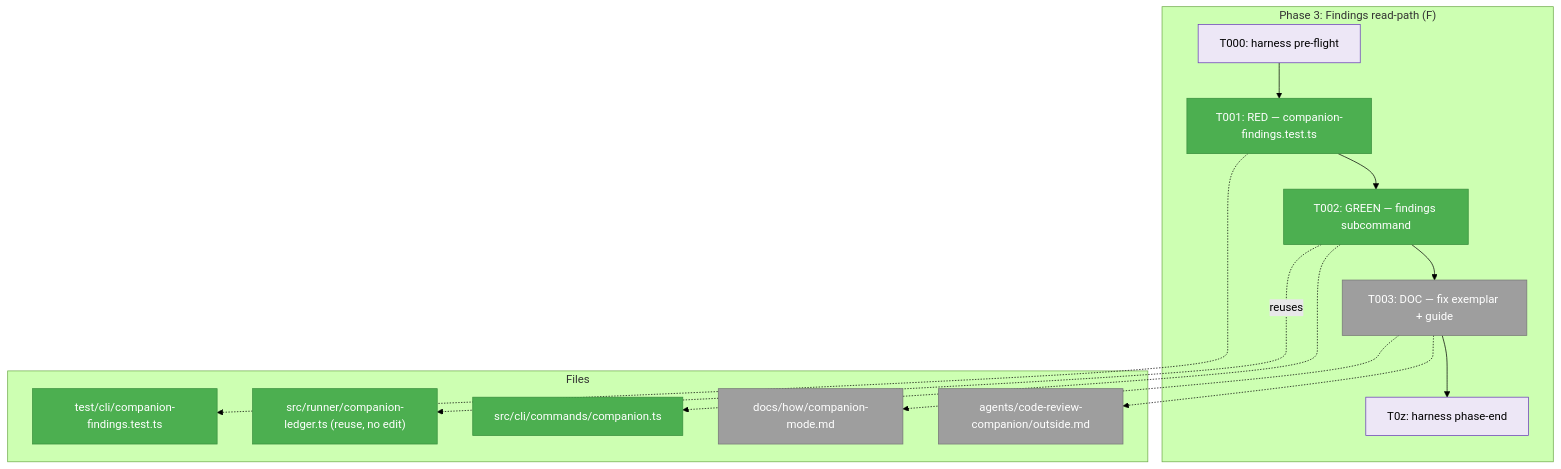
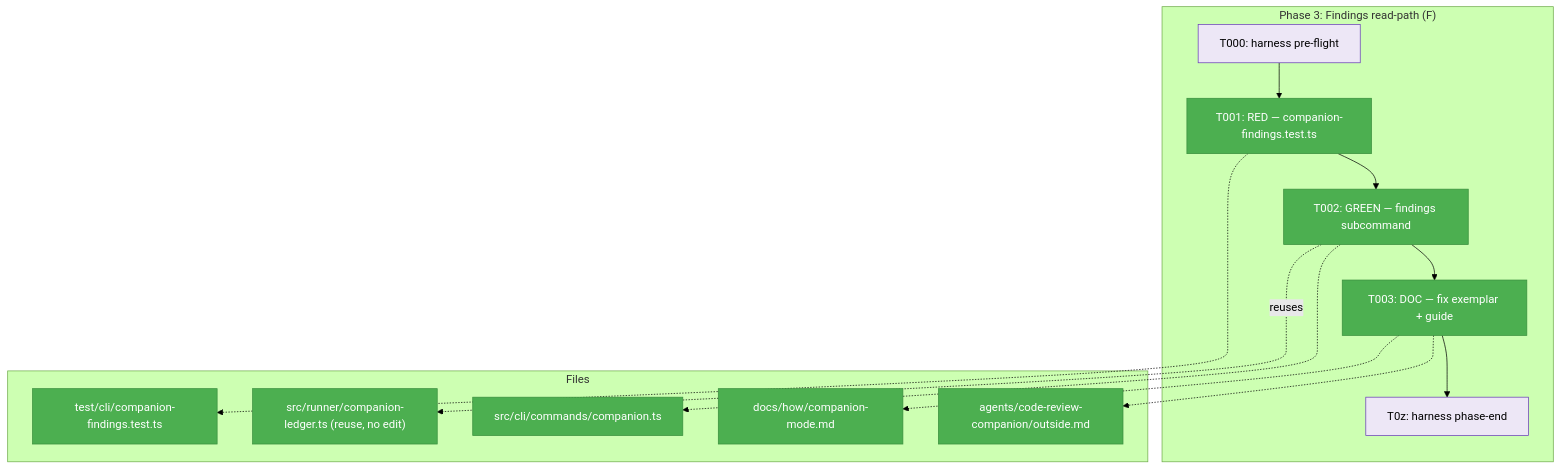
One commit to AI-Substrate/minih changed the first of 3 diagrams in docs/plans/028-companion-mode-reliability/tasks/phase-3-findings-read-path-f/tasks.md. Above: the diagram before and after it, drawn with Mermaid (forest theme). The commit also changed other lines of this file and 3 other files, not shown here.

````diff
--- a/docs/plans/028-companion-mode-reliability/tasks/phase-3-findings-read-path-f/tasks.md
+++ b/docs/plans/028-companion-mode-reliability/tasks/phase-3-findings-read-path-f/tasks.md
@@ -64,29 +64,29 @@
 ```mermaid
 flowchart TD
     classDef pending fill:#9E9E9E,stroke:#757575,color:#fff
     classDef completed fill:#4CAF50,stroke:#388E3C,color:#fff
     classDef seam fill:#EDE7F6,stroke:#673AB7,color:#000
 
     subgraph Phase["Phase 3: Findings read-path (F)"]
         T000["T000: harness pre-flight"]:::seam
         T001["T001: RED — companion-findings.test.ts"]:::completed
         T002["T002: GREEN — findings subcommand"]:::completed
-        T003["T003: DOC — fix exemplar + guide"]:::pending
+        T003["T003: DOC — fix exemplar + guide"]:::completed
         T0z["T0z: harness phase-end"]:::seam
         T000 --> T001 --> T002 --> T003 --> T0z
     end
 
     subgraph Files["Files"]
         F1["src/cli/commands/companion.ts"]:::completed
         F2["test/cli/companion-findings.test.ts"]:::completed
         F3["src/runner/companion-ledger.ts (reuse, no edit)"]:::completed
-        F4["agents/code-review-companion/outside.md"]:::pending
-        F5["docs/how/companion-mode.md"]:::pending
+        F4["agents/code-review-companion/outside.md"]:::completed
+        F5["docs/how/companion-mode.md"]:::completed
     end
 
     T001 -.-> F2
     T002 -.-> F1
     T002 -. reuses .-> F3
     T003 -.-> F4
     T003 -.-> F5
 ```
````
